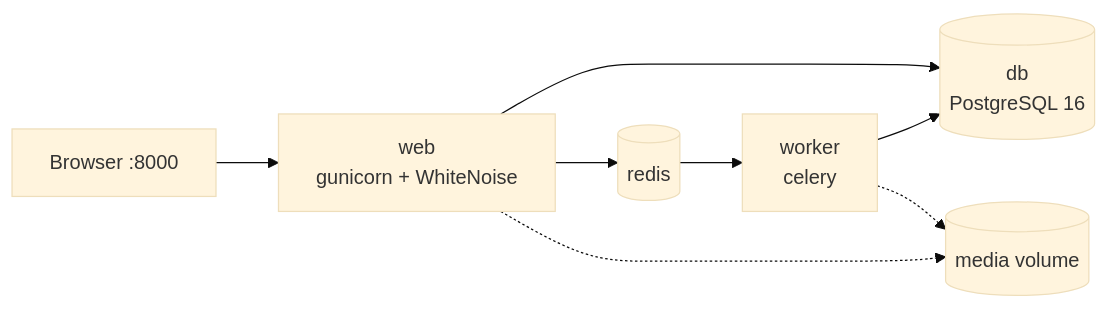
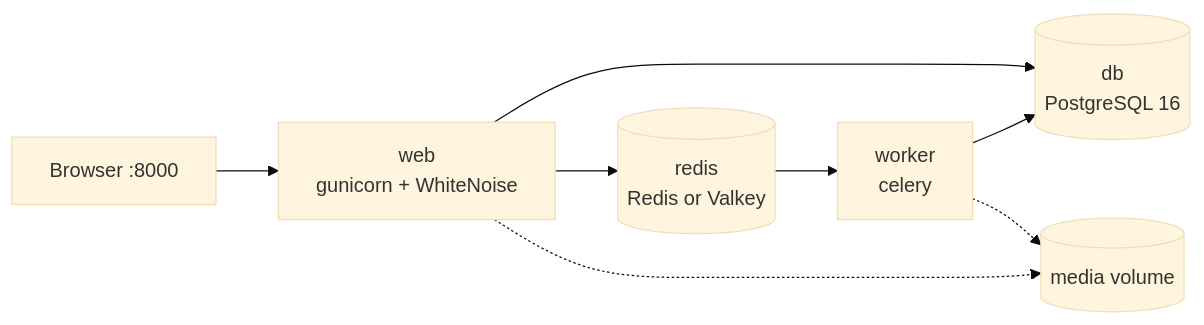
The third of 11 diagrams in README_EXTENDED.md (digitalutsc/arks-service), drawn with Mermaid (base theme) before and after one commit. The commit also changed other lines of this file and 10 other files, not shown here.

First line of the commit message:
Support a remote MySQL and Redis or Valkey in production

````diff
--- a/README_EXTENDED.md
+++ b/README_EXTENDED.md
@@ -118,10 +121,10 @@
 ```mermaid
 flowchart LR
     B["Browser :8000"] --> W["web<br/>gunicorn + WhiteNoise"]
     W --> P[("db<br/>PostgreSQL 16")]
-    W --> R[("redis")]
+    W --> R[("redis<br/>Redis or Valkey")]
     R --> K["worker<br/>celery"]
     K --> P
     W -.-> V[("media volume")]
     K -.-> V
 ```
````
